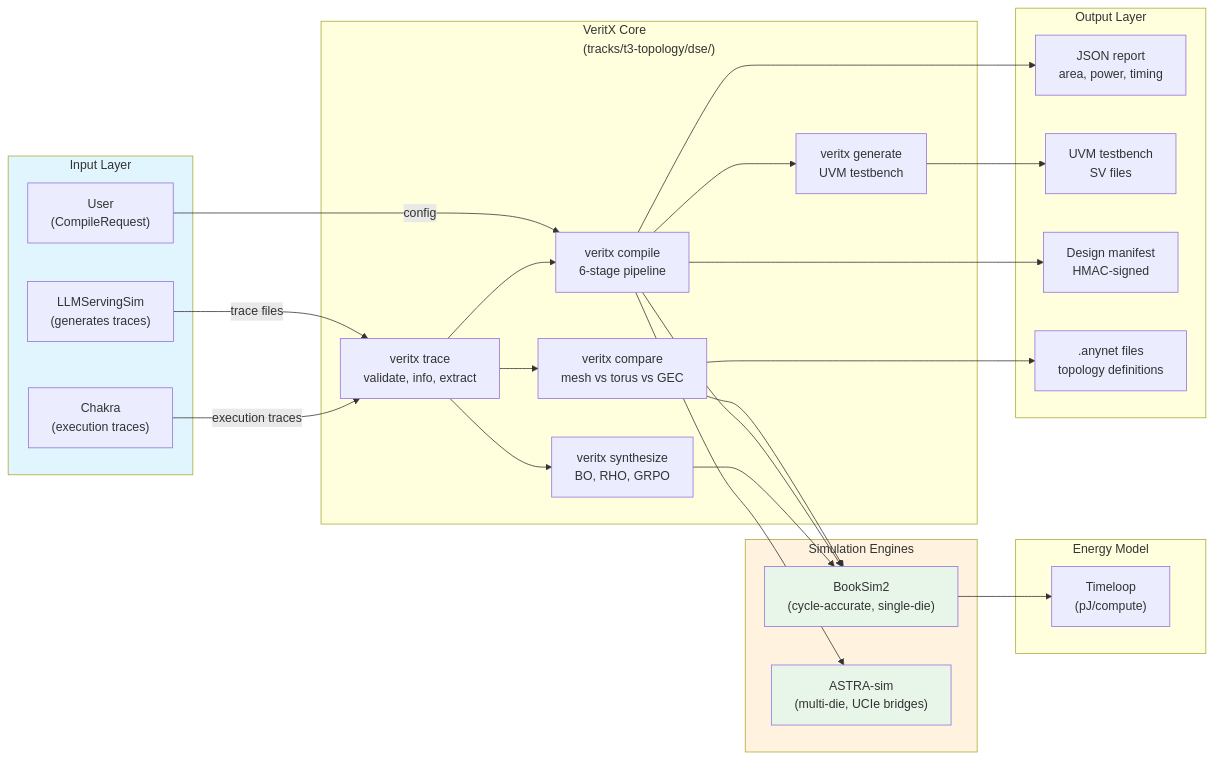
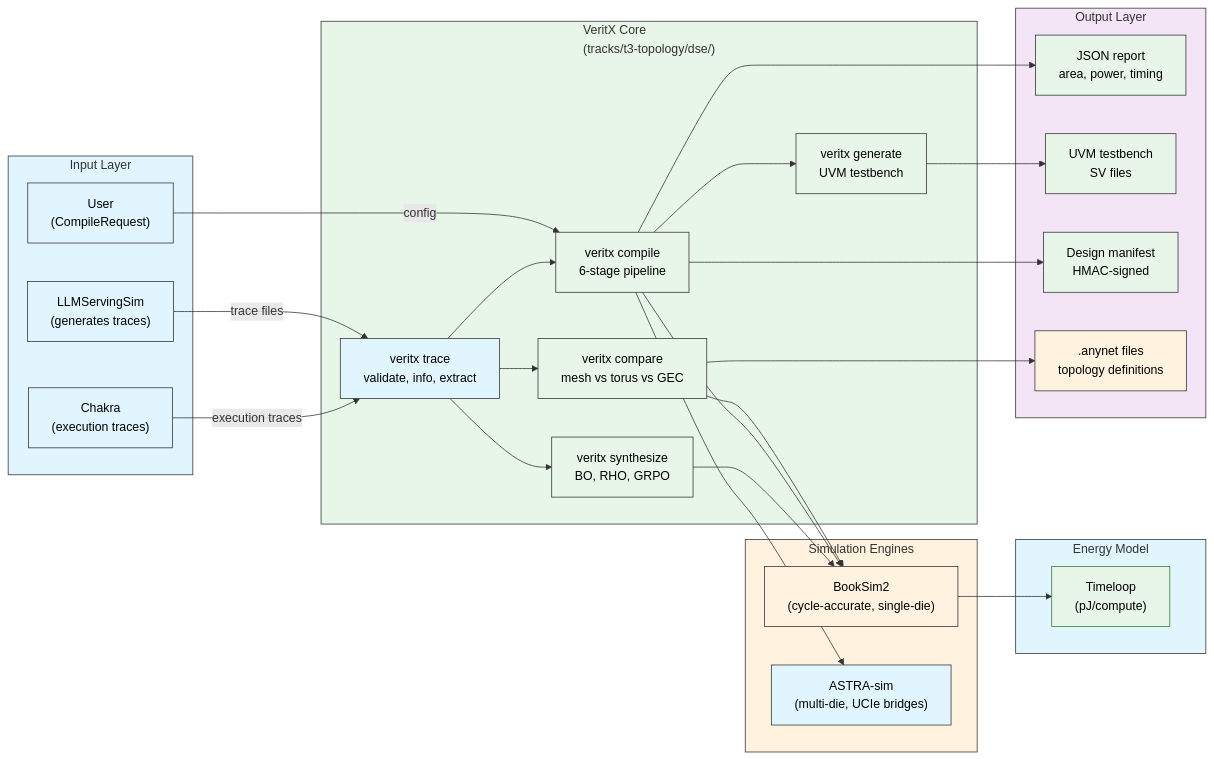
Before and after one commit to Anmol-S314/veritx-research: the seventh of 17 diagrams in tracks/t3-topology/dse/README.md, drawn with Mermaid. The commit also changed other lines of this file and 1 other file, not shown here.

First line of the commit message:
docs: improve Mermaid diagram styling across all 22 diagrams

````diff
--- a/tracks/t3-topology/dse/README.md
+++ b/tracks/t3-topology/dse/README.md
@@ -1126,53 +1200,80 @@
 ```mermaid
 flowchart LR
     subgraph Input["Input Layer"]
         I1["LLMServingSim\n(generates traces)"]
         I2["Chakra\n(execution traces)"]
         I3["User\n(CompileRequest)"]
     end
 
     subgraph Core["VeritX Core\n(tracks/t3-topology/dse/)"]
         C1["veritx trace\nvalidate, info, extract"]
         C2["veritx compare\nmesh vs torus vs GEC"]
         C3["veritx compile\n6-stage pipeline"]
         C4["veritx synthesize\nBO, RHO, GRPO"]
         C5["veritx generate\nUVM testbench"]
     end
 
     subgraph Sim["Simulation Engines"]
         S1["BookSim2\n(cycle-accurate, single-die)"]
         S2["ASTRA-sim\n(multi-die, UCIe bridges)"]
     end
 
     subgraph Energy["Energy Model"]
         E1["Timeloop\n(pJ/compute)"]
     end
 
     subgraph Output["Output Layer"]
         O1["JSON report\narea, power, timing"]
         O2["UVM testbench\nSV files"]
         O3["Design manifest\nHMAC-signed"]
         O4[".anynet files\ntopology definitions"]
     end
 
     I1 -->|"trace files"| C1
     I2 -->|"execution traces"| C1
     I3 -->|"config"| C3
     C1 --> C2
     C1 --> C3
     C1 --> C4
     C3 --> C5
     C2 --> S1
     C3 --> S1
     C4 --> S1
     C3 --> S2
     S1 --> E1
     C3 --> O1
     C5 --> O2
     C3 --> O3
     C2 --> O4
-    style Input fill:#e1f5fe
-    style S1 fill:#e8f5e9
-    style S2 fill:#e8f5e9
-    style Sim fill:#fff3e0
+
+    style C1 fill:#e1f5fe,stroke:#333
+    style C2 fill:#e8f5e9,stroke:#333
+    style C3 fill:#e8f5e9,stroke:#333
+    style C4 fill:#e8f5e9,stroke:#333
+    style C5 fill:#e8f5e9,stroke:#333
+    style Core fill:#e8f5e9,stroke:#333
+    style Energy fill:#e1f5fe,stroke:#333
+    style I1 fill:#e1f5fe,stroke:#333
+    style I2 fill:#e1f5fe,stroke:#333
+    style I3 fill:#e1f5fe,stroke:#333
+    style Input fill:#e1f5fe,stroke:#333
+    style O1 fill:#e8f5e9,stroke:#333
+    style O2 fill:#e8f5e9,stroke:#333
+    style O3 fill:#e8f5e9,stroke:#333
+    style O4 fill:#fff3e0,stroke:#333
+    style Output fill:#f3e5f5,stroke:#333
+    style S1 fill:#fff3e0,stroke:#333
+    style S2 fill:#e1f5fe,stroke:#333
+    style Sim fill:#fff3e0,stroke:#333
+
+
+    classDef input fill:#e1f5fe,stroke:#01579b,color:#000
+    classDef cli fill:#e8f5e9,stroke:#2e7d32,color:#000
+    classDef sim fill:#fff3e0,stroke:#e65100,color:#000
+    classDef api fill:#fce4ec,stroke:#c62828,color:#000
+    classDef output fill:#f3e5f5,stroke:#6a1b9a,color:#000
+    class I1,I2,C1,O1 input
+    class I3,C2,C3,C4,C5,E1,O4 cli
+    class S1,S2 sim
+    class O2,O3 output
 ```
````
